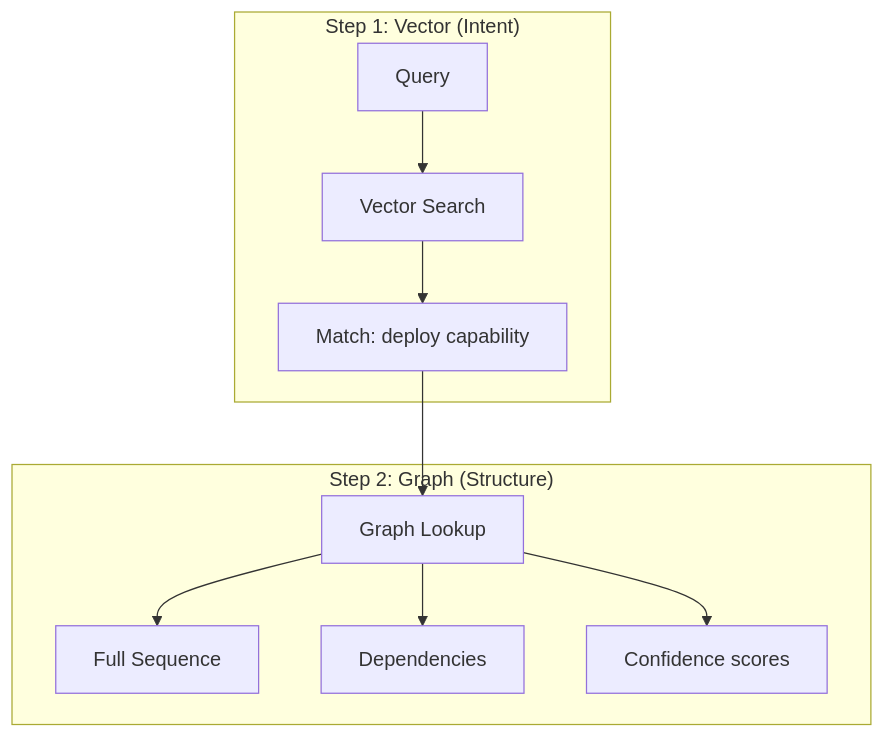
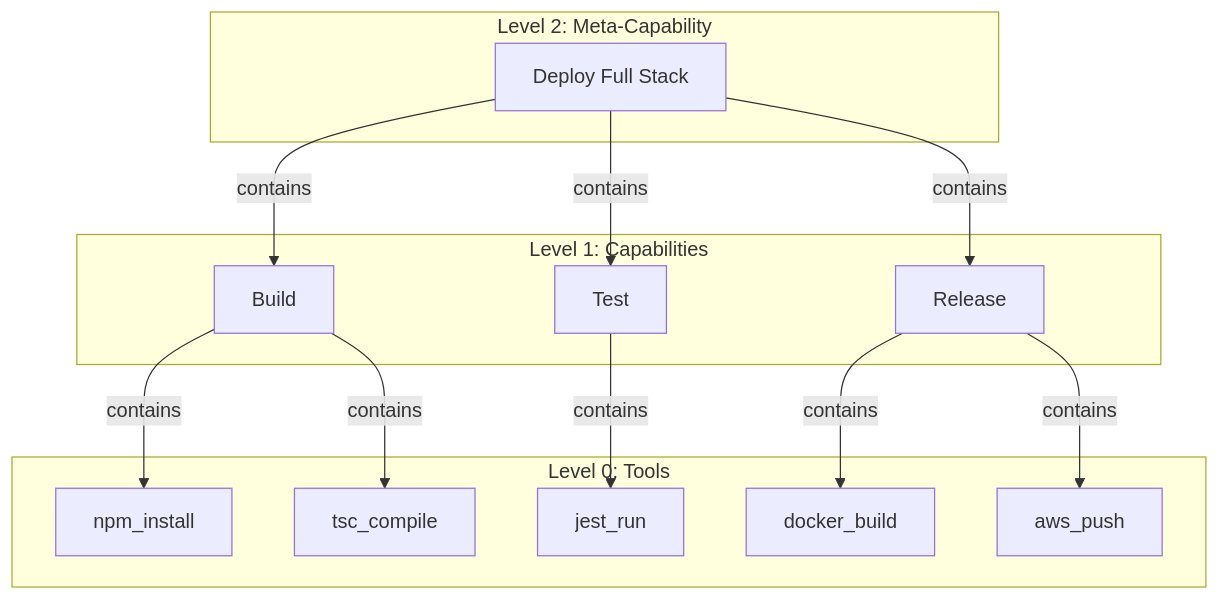
Before and after one commit to Casys-AI/casys-pml: the third of 4 diagrams in src/web/posts/2025-12-18-graphrag-vs-vectorrag.md, drawn with Mermaid. The commit also changed other lines of this file and 9 other files, not shown here.

````diff
--- a/src/web/posts/2025-12-18-graphrag-vs-vectorrag.md
+++ b/src/web/posts/2025-12-18-graphrag-vs-vectorrag.md
@@ -100,14 +116,30 @@
 ```mermaid
 graph TD
-    subgraph "Step 1: Vector (Intent)"
-        Q[Query] --> V[Vector Search]
-        V --> M[Match: deploy capability]
+    subgraph "Level 2: Meta-Capability"
+        Deploy[Deploy Full Stack]
     end
 
-    subgraph "Step 2: Graph (Structure)"
-        M --> G[Graph Lookup]
-        G --> S[Full Sequence]
-        G --> D[Dependencies]
-        G --> C[Confidence scores]
+    subgraph "Level 1: Capabilities"
+        Build[Build]
+        Test[Test]
+        Release[Release]
     end
+
+    subgraph "Level 0: Tools"
+        T1[npm_install]
+        T2[tsc_compile]
+        T3[jest_run]
+        T4[docker_build]
+        T5[aws_push]
+    end
+
+    Deploy -->|contains| Build
+    Deploy -->|contains| Test
+    Deploy -->|contains| Release
+
+    Build -->|contains| T1
+    Build -->|contains| T2
+    Test -->|contains| T3
+    Release -->|contains| T4
+    Release -->|contains| T5
 ```
````
